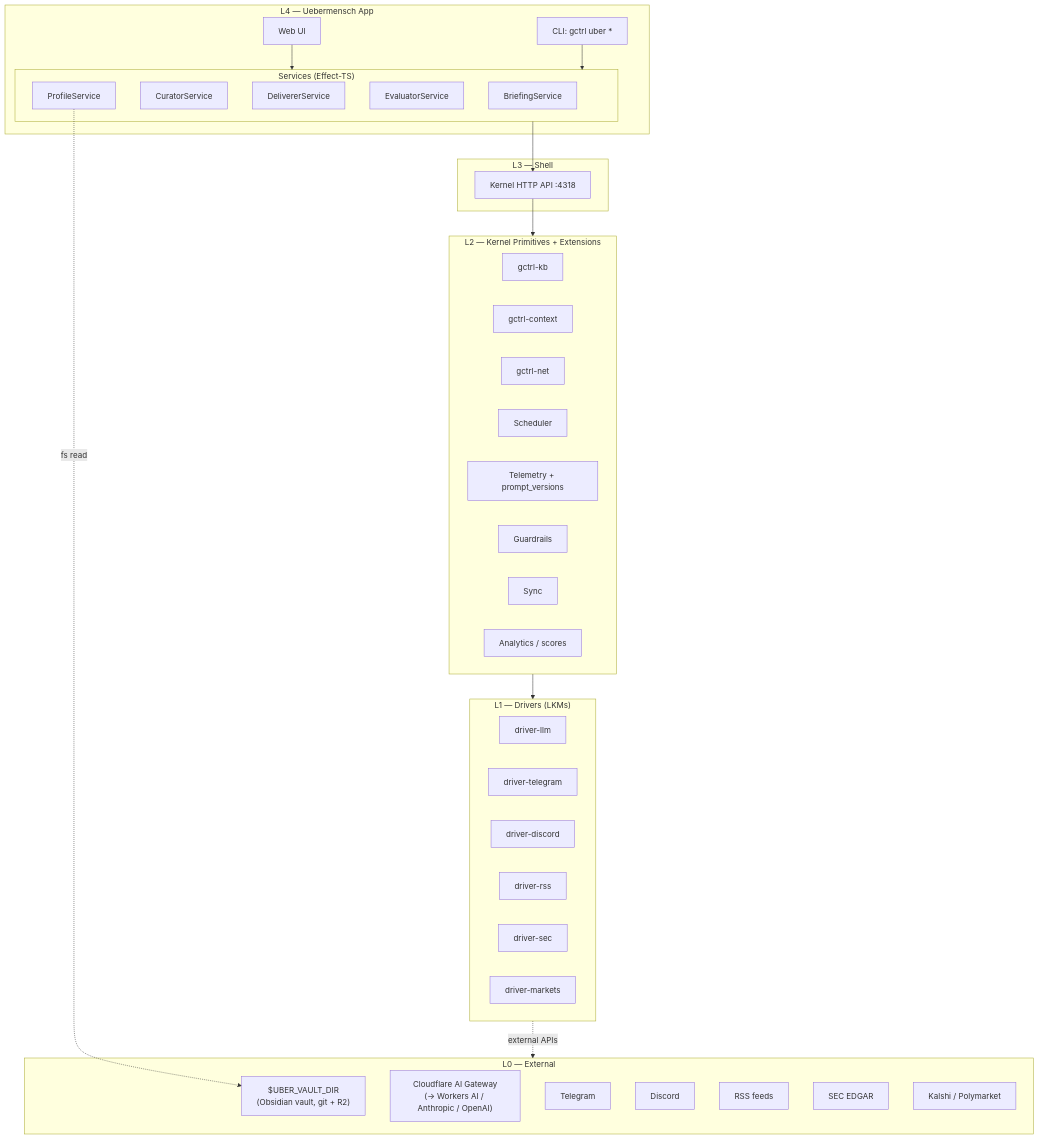
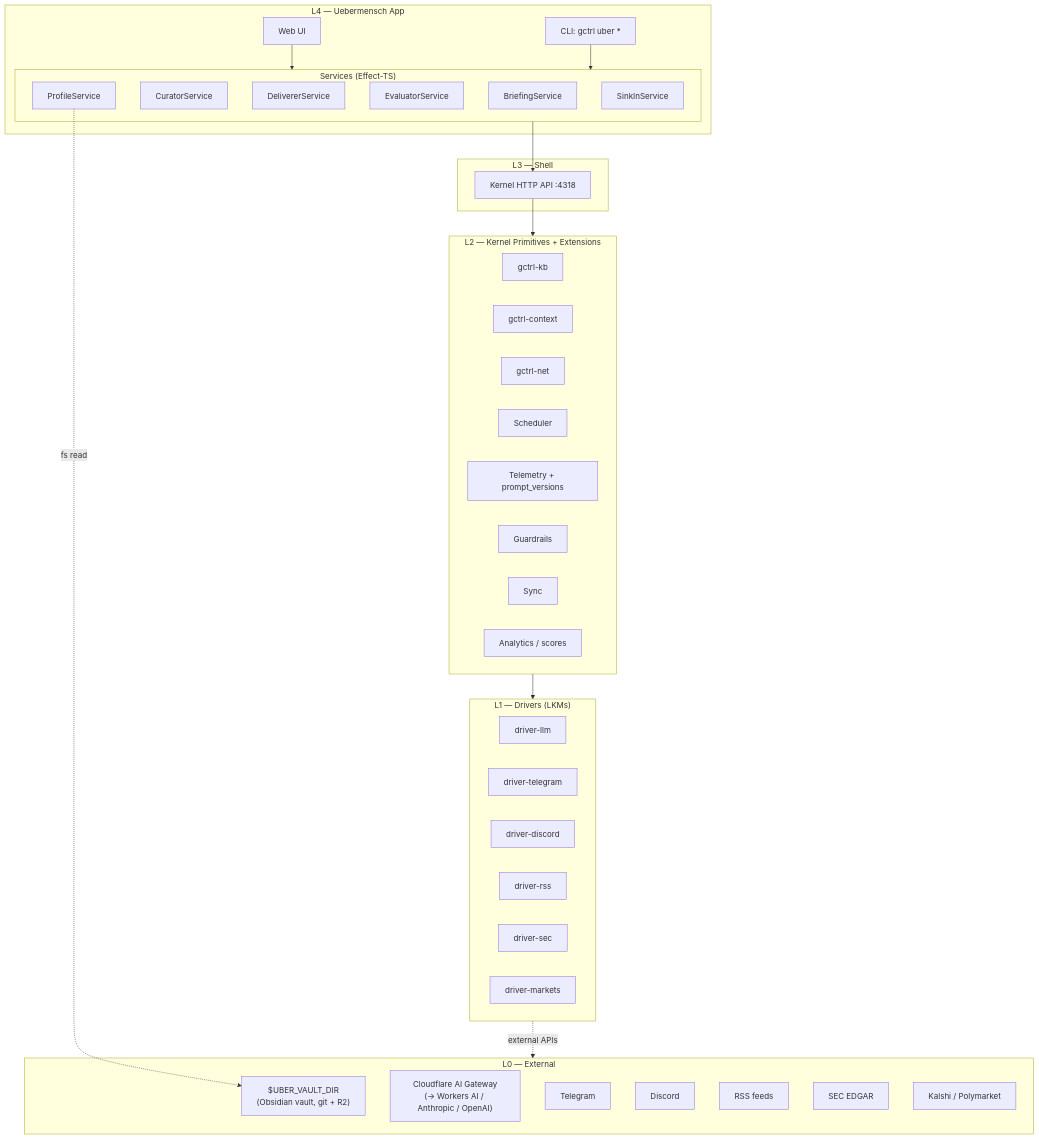
Before and after one commit to OpenHackersClub/gctrl: the first of 3 diagrams in apps/uebermensch/specs/architecture.md, drawn with Mermaid. The commit also changed other lines of this file and 3 other files, not shown here.

````diff
--- a/apps/uebermensch/specs/architecture.md
+++ b/apps/uebermensch/specs/architecture.md
@@ -11,51 +11,52 @@
 ```mermaid
 flowchart TB
   subgraph L4["L4 — Uebermensch App"]
     Web["Web UI"]
     Cli["CLI: gctrl uber *"]
     subgraph Svc["Services (Effect-TS)"]
       Brief["BriefingService"]
       Cur["CuratorService"]
       Del["DelivererService"]
       Ev["EvaluatorService"]
       Prof["ProfileService"]
+      SI["SinkInService"]
     end
   end
   subgraph L3["L3 — Shell"]
     HTTP["Kernel HTTP API :4318"]
   end
   subgraph L2["L2 — Kernel Primitives + Extensions"]
     KB["gctrl-kb"]
     Ctx["gctrl-context"]
     Net["gctrl-net"]
     Sched["Scheduler"]
     OTel["Telemetry + prompt_versions"]
     Guard["Guardrails"]
     Sync["Sync"]
     Analytics["Analytics / scores"]
   end
   subgraph L1["L1 — Drivers (LKMs)"]
     Llm["driver-llm"]
     Tg["driver-telegram"]
     Dc["driver-discord"]
     Rss["driver-rss"]
     Sec["driver-sec"]
     Mkt["driver-markets"]
   end
   subgraph L0["L0 — External"]
     Prof2["$UBER_VAULT_DIR\n(Obsidian vault, git + R2)"]
     A["Cloudflare AI Gateway\n(→ Workers AI / Anthropic / OpenAI)"]
     TgX["Telegram"]
     DcX["Discord"]
     RssX["RSS feeds"]
     EDGAR["SEC EDGAR"]
     Mkts["Kalshi / Polymarket"]
   end
   Web --> Svc
   Cli --> Svc
   Svc --> HTTP
   HTTP --> L2
   L2 --> L1
   L1 -.->|external APIs| L0
   Prof -.->|fs read| Prof2
 ```
````
